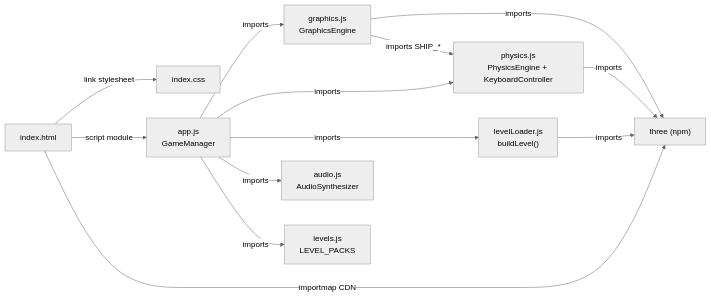
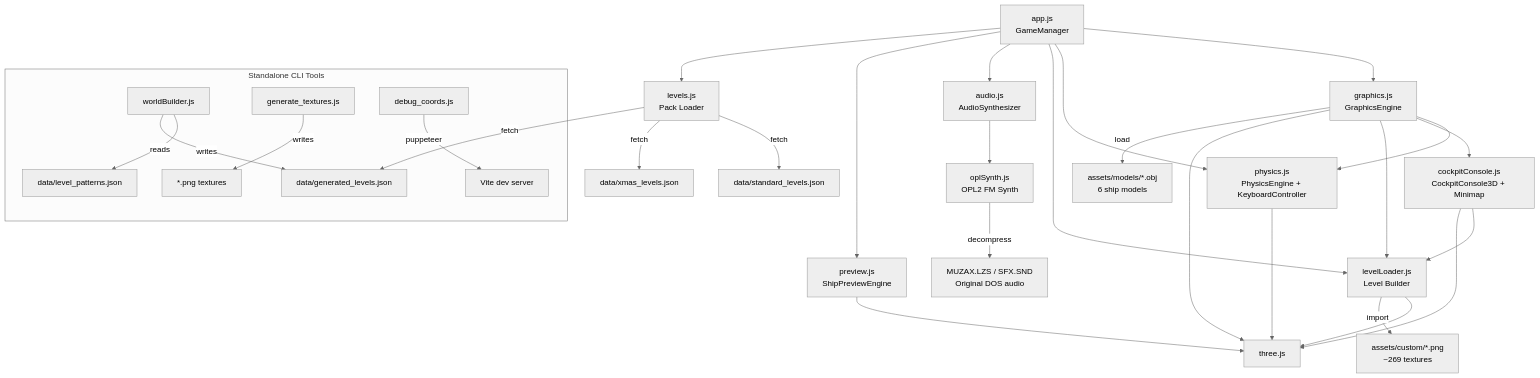
Before and after one commit to DasCReeD/space-paths: the first of 6 diagrams in docs/architecture.md, drawn with Mermaid (neutral theme). The commit also changed other lines of this file and 81 other files, not shown here.

````diff
--- a/docs/architecture.md
+++ b/docs/architecture.md
@@ -56,27 +46,38 @@
 ```mermaid
-graph LR
-    APP["app.js<br/>GameManager"]
-    GFX["graphics.js<br/>GraphicsEngine"]
-    PHY["physics.js<br/>PhysicsEngine + KeyboardController"]
-    LVL["levelLoader.js<br/>buildLevel()"]
-    AUD["audio.js<br/>AudioSynthesizer"]
-    LEV["levels.js<br/>LEVEL_PACKS"]
-    THREE["three (npm)"]
-    HTML["index.html"]
-    CSS["index.css"]
+graph TD
+    APP["app.js<br/>GameManager"] --> GFX["graphics.js<br/>GraphicsEngine"]
+    APP --> PHY["physics.js<br/>PhysicsEngine + KeyboardController"]
+    APP --> LL["levelLoader.js<br/>Level Builder"]
+    APP --> AUD["audio.js<br/>AudioSynthesizer"]
+    APP --> PRV["preview.js<br/>ShipPreviewEngine"]
+    APP --> LVL["levels.js<br/>Pack Loader"]
 
-    APP -->|"imports"| GFX
-    APP -->|"imports"| PHY
-    APP -->|"imports"| LVL
-    APP -->|"imports"| AUD
-    APP -->|"imports"| LEV
+    GFX --> PHY
+    GFX --> CC["cockpitConsole.js<br/>CockpitConsole3D + Minimap"]
+    GFX --> LL
+    GFX --> THREE["three.js"]
 
-    GFX -->|"imports"| THREE
-    GFX -->|"imports SHIP_*"| PHY
-    PHY -->|"imports"| THREE
-    LVL -->|"imports"| THREE
+    CC --> LL
+    CC --> THREE
 
-    HTML -->|"link stylesheet"| CSS
-    HTML -->|"script module"| APP
-    HTML -->|"importmap CDN"| THREE
+    PHY --> THREE
+    LL --> THREE
+    PRV --> THREE
+
+    AUD --> OPL["oplSynth.js<br/>OPL2 FM Synth"]
+
+    LVL -->|"fetch"| SD["data/standard_levels.json"]
+    LVL -->|"fetch"| XD["data/xmas_levels.json"]
+    LVL -->|"fetch"| GD["data/generated_levels.json"]
+
+    LL -->|"import"| TEX["assets/custom/*.png<br/>~269 textures"]
+    GFX -->|"load"| MDL["assets/models/*.obj<br/>6 ship models"]
+    OPL -->|"decompress"| DOS["MUZAX.LZS / SFX.SND<br/>Original DOS audio"]
+
+    subgraph "Standalone CLI Tools"
+        WB["worldBuilder.js"] -->|"reads"| LP["data/level_patterns.json"]
+        WB -->|"writes"| GD
+        GT["generate_textures.js"] -->|"writes"| PTEX["*.png textures"]
+        DC["debug_coords.js"] -->|"puppeteer"| VITE["Vite dev server"]
+    end
 ```
````
